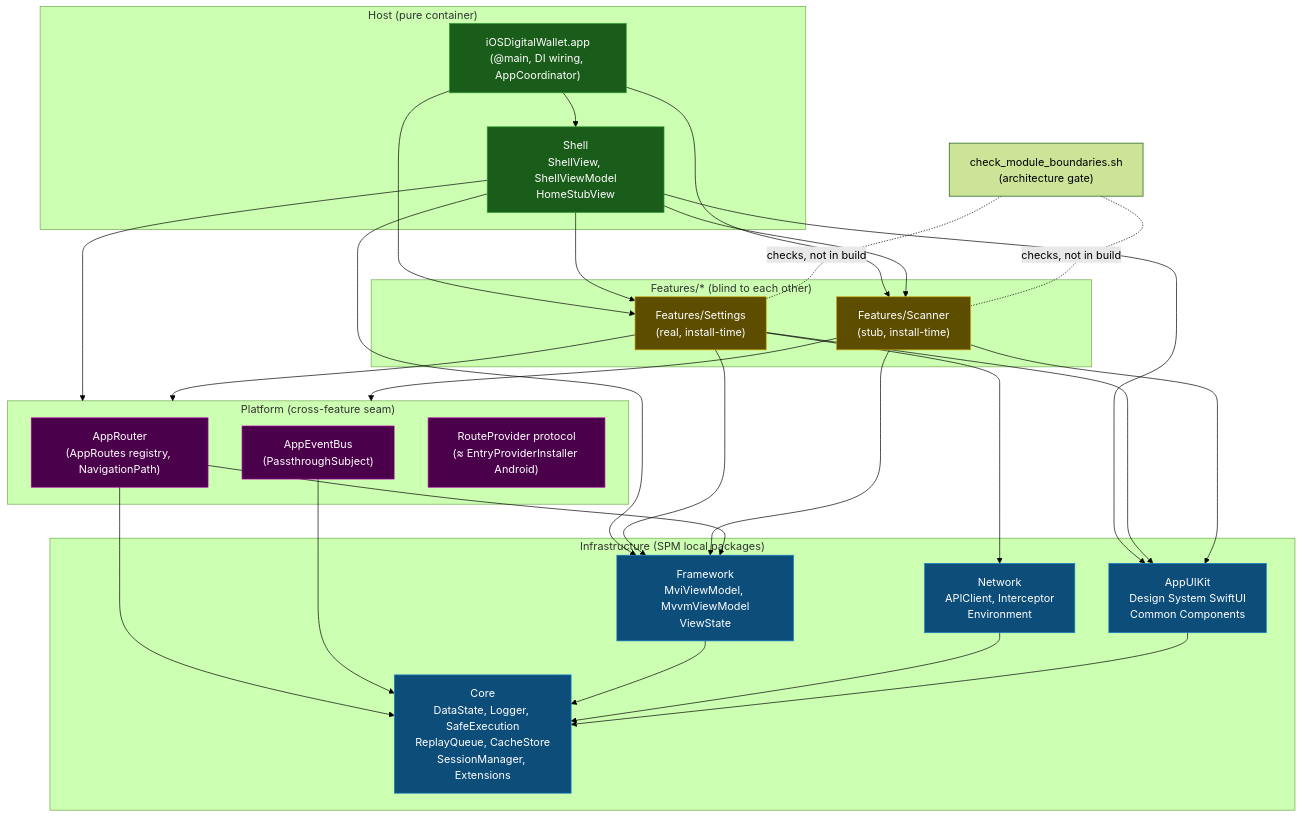
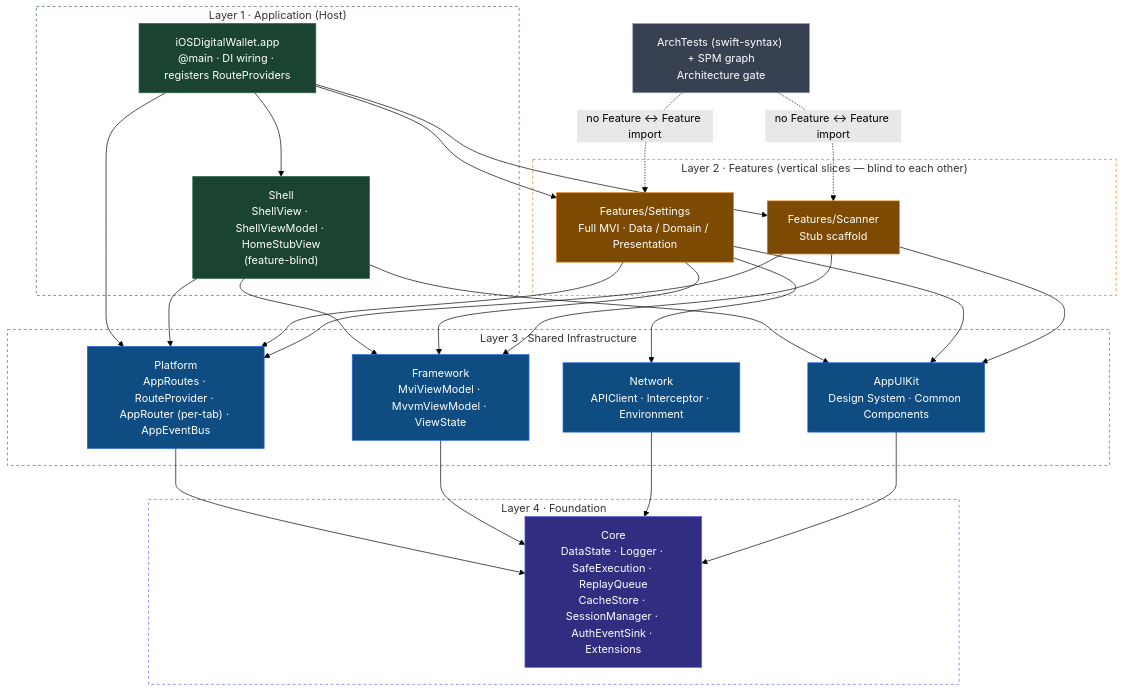
Before and after one commit to DanhDue/ios_digital_wallet: the first of 3 diagrams in .devtool/epic/ios_super_app_template/ios_super_app_template.en.md, drawn with Mermaid (forest theme). The commit also changed other lines of this file and 2 other files, not shown here.

Commit message:
[IOS_SUPER_APP_TEMPLATE] Revise design spec to v2
- Every Feature and Shell becomes its own SPM local package (real sandbox, compiler-enforced boundaries)
- Adopt Tuist for declarative project definition; .xcodeproj / .xcworkspace no longer committed
- ArchTests (swift-syntax AST) as primary governance, replacing regex-only SwiftLint + grep
- Per-tab NavigationStack (AppRouter.tabPaths), mirroring Android NestedNavigator
- Unify iOS 16 deployment target, drop the iOS 13/16 split
- Shell is feature-blind; App is the sole feature aggregator
- Platform depends on Core only; Network 401 via AuthEventSink inversion
- 4 Mason bricks (feature/subfeature/remove x2) with safe Tuist manifest auto-wire
- New section 9A: BDD+TDD Testing & Acceptance Standard (3 tiers) baked into every task
- New section 5.5: async-effect pattern for MviViewModel (cancel-on-new-action)
- 4 greenfield phases

````diff
--- a/.devtool/epic/ios_super_app_template/ios_super_app_template.en.md
+++ b/.devtool/epic/ios_super_app_template/ios_super_app_template.en.md
@@ -60,50 +60,64 @@
 ```mermaid
-graph TD
-    subgraph Host["Host (pure container)"]
-        APP["iOSDigitalWallet.app\n(@main, DI wiring, AppCoordinator)"]
-        SHELL["Shell\nShellView, ShellViewModel\nHomeStubView"]
+flowchart TD
+    %% Layer 1 · Application (Host) — App is the ONLY feature aggregator
+    subgraph L1 ["Layer 1 · Application (Host)"]
+        APP["iOSDigitalWallet.app\n@main · DI wiring · registers RouteProviders"]
+        SHELL["Shell\nShellView · ShellViewModel · HomeStubView\n(feature-blind)"]
     end
 
-    subgraph Platform["Platform (cross-feature seam)"]
-        ROUTES["AppRouter\n(AppRoutes registry, NavigationPath)"]
-        BUS["AppEventBus\n(PassthroughSubject<any AppEvent, Never>)"]
-        RP["RouteProvider protocol\n(≈ EntryProviderInstaller Android)"]
+    %% Layer 2 · Features — vertical slices, blind to each other
+    subgraph L2 ["Layer 2 · Features (vertical slices — blind to each other)"]
+        F_SET["Features/Settings\nFull MVI · Data / Domain / Presentation"]
+        F_SCAN["Features/Scanner\nStub scaffold"]
     end
 
-    subgraph Features["Features/* (blind to each other)"]
-        F_SET["Features/Settings\n(real, install-time)"]
-        F_SCAN["Features/Scanner\n(stub, install-time)"]
+    %% Layer 3 · Shared Infrastructure — sibling modules, no intra-layer edge
+    subgraph L3 ["Layer 3 · Shared Infrastructure"]
+        PLATFORM["Platform\nAppRoutes · RouteProvider · AppRouter (per-tab) · AppEventBus"]
+        FRAMEWORK["Framework\nMviViewModel · MvvmViewModel · ViewState"]
+        NETWORK["Network\nAPIClient · Interceptor · Environment"]
+        UIKIT["AppUIKit\nDesign System · Common Components"]
     end
 
-    subgraph Infra["Infrastructure (SPM local packages)"]
-        FRAMEWORK["Framework\nMviViewModel, MvvmViewModel\nViewState"]
-        NETWORK["Network\nAPIClient, Interceptor\nEnvironment"]
-        UIKIT["AppUIKit\nDesign System SwiftUI\nCommon Components"]
-        CORE["Core\nDataState, Logger, SafeExecution\nReplayQueue, CacheStore\nSessionManager, Extensions"]
+    %% Layer 4 · Foundation
+    subgraph L4 ["Layer 4 · Foundation"]
+        CORE["Core\nDataState · Logger · SafeExecution · ReplayQueue\nCacheStore · SessionManager · AuthEventSink · Extensions"]
     end
 
+    %% Host — App is the ONLY feature aggregator; Shell is feature-blind
     APP --> SHELL
     APP --> F_SET & F_SCAN
-    SHELL --> F_SET & F_SCAN
-    SHELL --> Platform & FRAMEWORK & UIKIT
+    APP --> PLATFORM
+    SHELL --> PLATFORM & FRAMEWORK & UIKIT
 
-    F_SET --> Platform & FRAMEWORK & NETWORK & UIKIT
-    F_SCAN --> Platform & FRAMEWORK & UIKIT
+    %% Features → infrastructure
+    F_SET --> PLATFORM & FRAMEWORK & NETWORK & UIKIT
+    F_SCAN --> PLATFORM & FRAMEWORK & UIKIT
 
-    ROUTES --> CORE & FRAMEWORK
-    BUS --> CORE
+    %% Infrastructure flows toward Core (Platform depends on Core only)
+    PLATFORM --> CORE
     FRAMEWORK --> CORE
     NETWORK --> CORE
     UIKIT --> CORE
 
-    BOUNDARY["check_module_boundaries.sh\n(architecture gate)"] -.-|"checks, not in build"| F_SET & F_SCAN
+    %% Architecture gate — checks, not in build
+    ARCH["ArchTests (swift-syntax) + SPM graph\nArchitecture gate"] -.->|"no Feature ↔ Feature import"| F_SET & F_SCAN
 
-    classDef host fill:#1a5c1a,stroke:#2d9e2d,color:#fff
-    classDef infra fill:#0d4d7a,stroke:#1a82cc,color:#fff
-    classDef feat fill:#5c4d00,stroke:#cca300,color:#fff
-    classDef plat fill:#4a004a,stroke:#aa00aa,color:#fff
+    classDef host fill:#1b4332,stroke:#2d6a4f,color:#fff
+    classDef feat fill:#7c4a03,stroke:#d97706,color:#fff
+    classDef plat fill:#4a044e,stroke:#c026d3,color:#fff
+    classDef infra fill:#0f4c81,stroke:#2563eb,color:#fff
+    classDef core fill:#312e81,stroke:#6366f1,color:#fff
+    classDef tool fill:#374151,stroke:#9ca3af,color:#fff
+
     class APP,SHELL host
-    class CORE,FRAMEWORK,NETWORK,UIKIT infra
     class F_SET,F_SCAN feat
-    class ROUTES,BUS,RP plat
+    class PLATFORM,FRAMEWORK,NETWORK,UIKIT infra
+    class CORE core
+    class ARCH tool
+
+    style L1 fill:none,stroke:#2d6a4f,stroke-dasharray: 4 4
+    style L2 fill:none,stroke:#d97706,stroke-dasharray: 4 4
+    style L3 fill:none,stroke:#2563eb,stroke-dasharray: 4 4
+    style L4 fill:none,stroke:#6366f1,stroke-dasharray: 4 4
 ```
````
